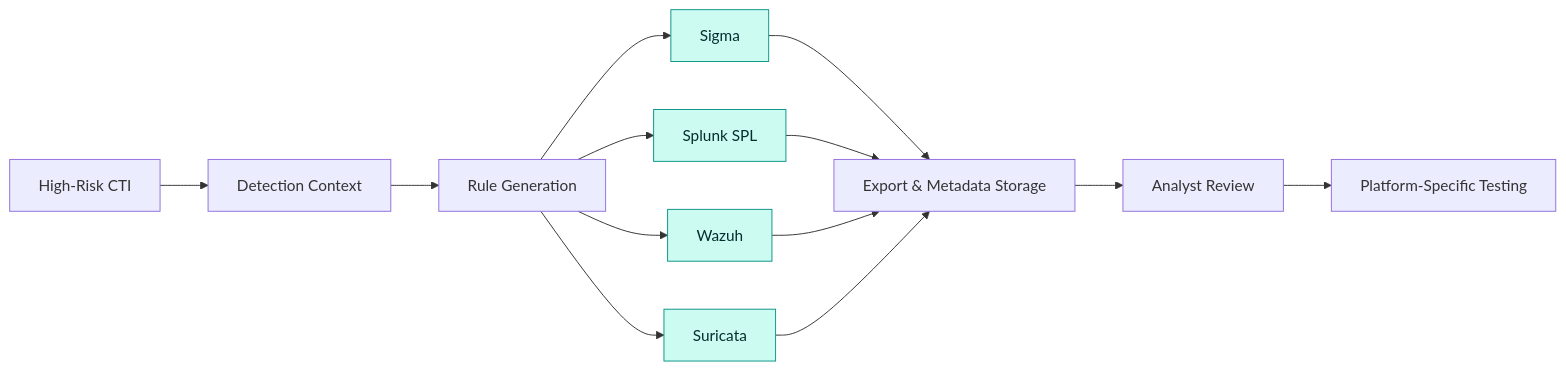
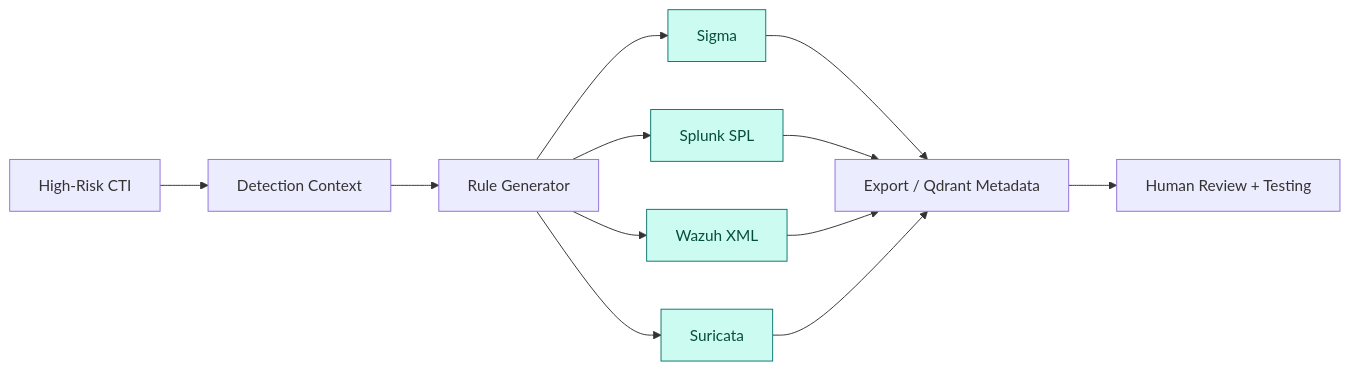
One commit to aminemaouhoub1312/ShadowScope-AM changed the fifth of 5 diagrams in README.md. Above: the diagram before and after it, drawn with Mermaid. The commit also changed other lines of this file, not shown here.

````diff
--- a/README.md
+++ b/README.md
@@ -485,17 +580,15 @@
 ```mermaid
 flowchart LR
-    A["High-Risk CTI"] --> B["Detection Context"]
-    B --> C["Rule Generation"]
-    C --> D["Sigma"]
-    C --> E["Splunk SPL"]
-    C --> F["Wazuh"]
-    C --> G["Suricata"]
-    D --> H["Export & Metadata Storage"]
-    E --> H
-    F --> H
-    G --> H
-    H --> I["Analyst Review"]
-    I --> J["Platform-Specific Testing"]
-    classDef output fill:#CCFBF1,stroke:#0D9488,color:#042F2E;
-    class D,E,F,G output;
+  A["High-Risk CTI"] --> B["Detection Context"] --> C["Rule Generator"]
+  C --> S["Sigma"]
+  C --> P["Splunk SPL"]
+  C --> W["Wazuh XML"]
+  C --> N["Suricata"]
+  S --> D["Export / Qdrant Metadata"]
+  P --> D
+  W --> D
+  N --> D
+  D --> R["Human Review + Testing"]
+  classDef output fill:#CCFBF1,stroke:#0F766E,color:#064E3B;
+  class S,P,W,N output;
 ```
````
